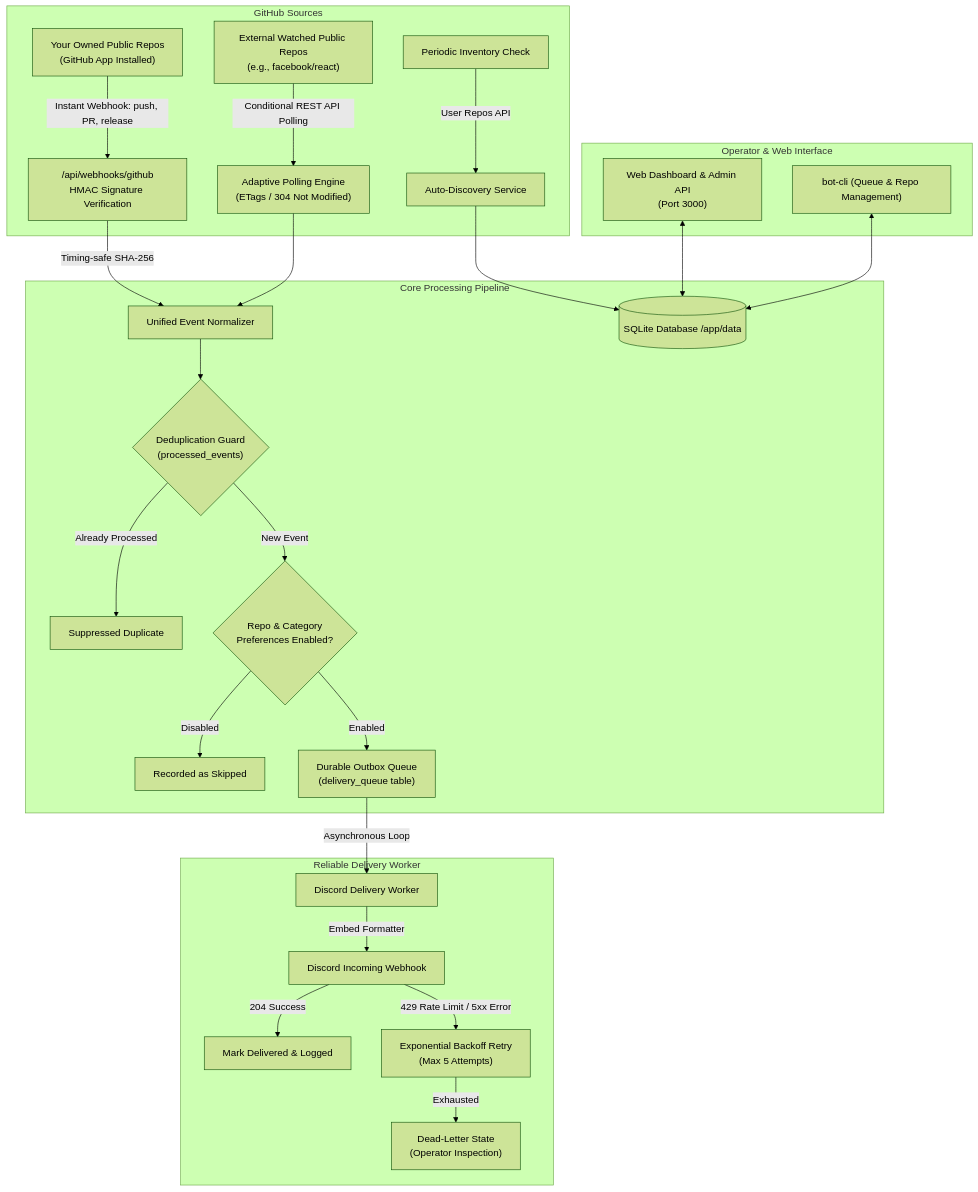
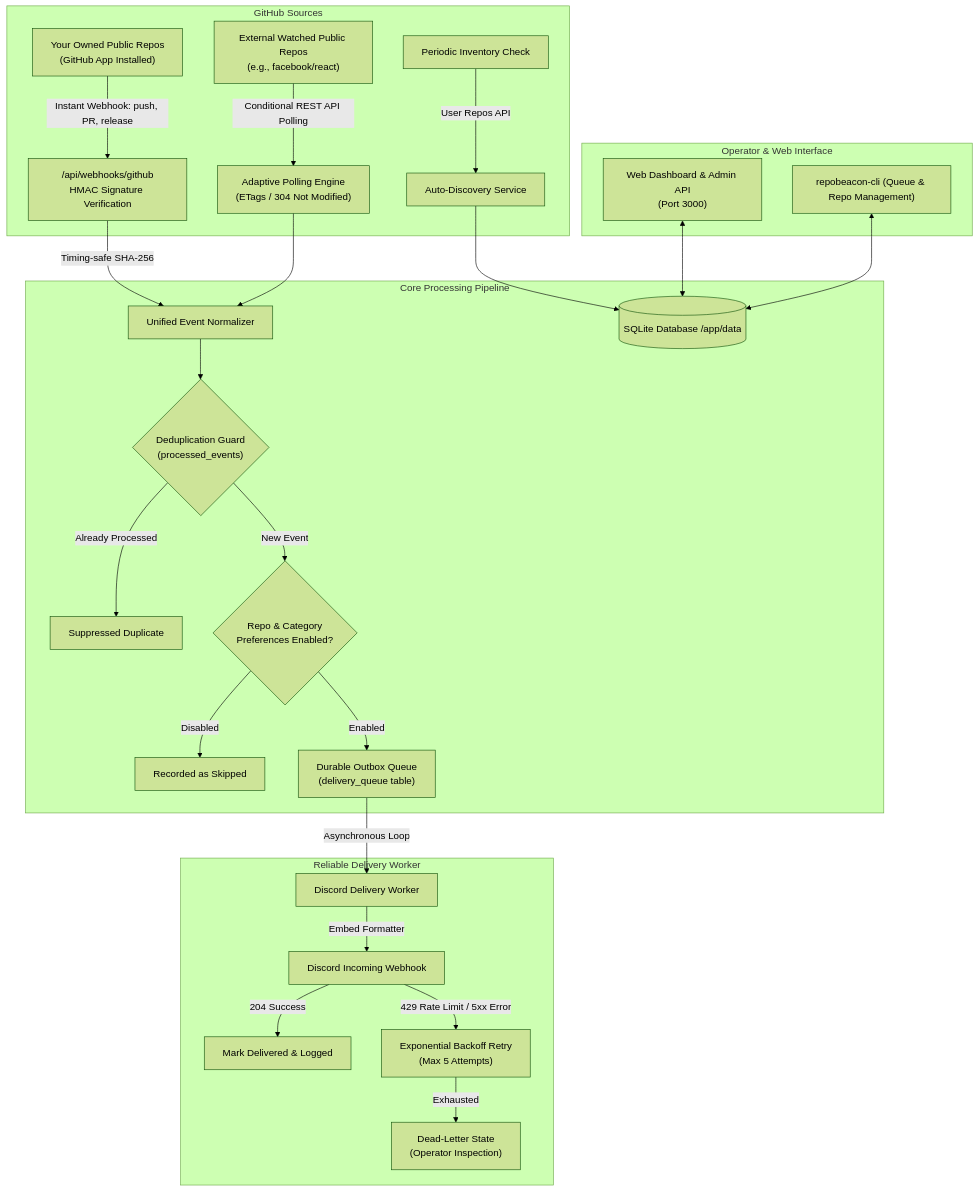
One commit to RajnishOne/github-discord-bot changed the diagram in README.md. Above: the diagram before and after it, drawn with Mermaid (forest theme). The commit also changed other lines of this file and 16 other files, not shown here.

Commit message:
refactor: rebrand project from github-discord-bot to repobeacon

````diff
--- a/README.md
+++ b/README.md
@@ -25,33 +25,33 @@
 ```mermaid
 flowchart TD
     subgraph GitHub Sources
         UserRepo["Your Owned Public Repos\n(GitHub App Installed)"] -->|Instant Webhook: push, PR, release| InboundWebhook["/api/webhooks/github\nHMAC Signature Verification"]
         ExternalRepo["External Watched Public Repos\n(e.g., facebook/react)"] -->|Conditional REST API Polling| PollingEngine["Adaptive Polling Engine\n(ETags / 304 Not Modified)"]
         NewRepoScan["Periodic Inventory Check"] -->|User Repos API| Discovery["Auto-Discovery Service"]
     end
 
     subgraph Core Processing Pipeline
         InboundWebhook -->|Timing-safe SHA-256| Normalizer["Unified Event Normalizer"]
         PollingEngine --> Normalizer
         Discovery --> DB[(SQLite Database /app/data)]
 
         Normalizer --> Deduplicator{"Deduplication Guard\n(processed_events)"}
         Deduplicator -->|Already Processed| Drop["Suppressed Duplicate"]
         Deduplicator -->|New Event| Filter{"Repo & Category\nPreferences Enabled?"}
         Filter -->|Disabled| Skipped["Recorded as Skipped"]
         Filter -->|Enabled| Outbox["Durable Outbox Queue\n(delivery_queue table)"]
     end
 
     subgraph Reliable Delivery Worker
         Outbox -->|Asynchronous Loop| Dispatcher["Discord Delivery Worker"]
         Dispatcher -->|Embed Formatter| DiscordAPI["Discord Incoming Webhook"]
         DiscordAPI -->|204 Success| MarkDelivered["Mark Delivered & Logged"]
         DiscordAPI -->|429 Rate Limit / 5xx Error| ExponentialBackoff["Exponential Backoff Retry\n(Max 5 Attempts)"]
         ExponentialBackoff -->|Exhausted| DeadLetter["Dead-Letter State\n(Operator Inspection)"]
     end
 
     subgraph Operator & Web Interface
         WebUI["Web Dashboard & Admin API\n(Port 3000)"] <--> DB
-        AdminCLI["bot-cli (Queue & Repo Management)"] <--> DB
+        AdminCLI["repobeacon-cli (Queue & Repo Management)"] <--> DB
     end
 ```
````
